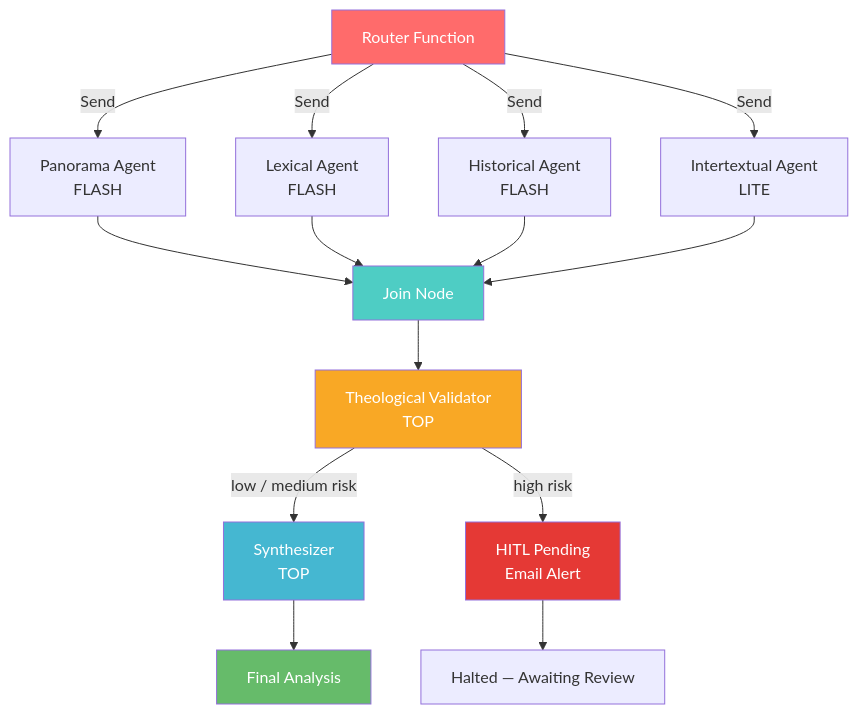
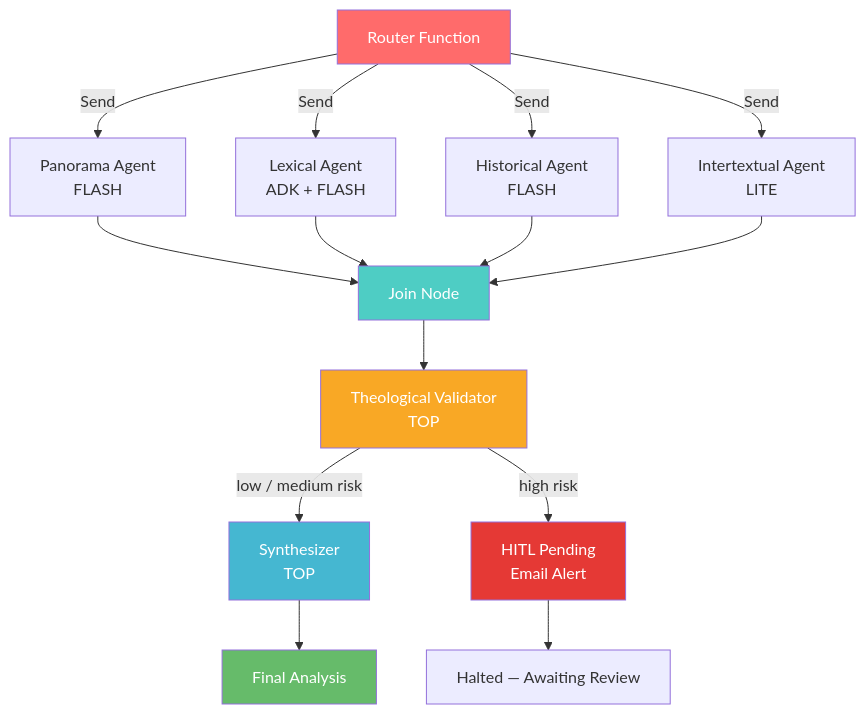
Before and after one commit to 235471/theological-langgraph-agent: the diagram in README.md, drawn with Mermaid. The commit also changed other lines of this file and 9 other files, not shown here.

First line of the commit message:
feat: :sparkles: implement single-pass ADK lexical grounding with full telemetry & tracing

````diff
--- a/README.md
+++ b/README.md
@@ -40,26 +40,26 @@
 ```mermaid
 graph TD
     R[Router Function] -->|Send| P[Panorama Agent<br/>FLASH]
-    R -->|Send| L[Lexical Agent<br/>FLASH]
+    R -->|Send| L[Lexical Agent<br/>ADK + FLASH]
     R -->|Send| H[Historical Agent<br/>FLASH]
     R -->|Send| I[Intertextual Agent<br/>LITE]
 
     P --> J[Join Node]
     L --> J
     H --> J
     I --> J
 
     J --> V[Theological Validator<br/>TOP]
     V -->|low / medium risk| S[Synthesizer<br/>TOP]
     V -->|high risk| HITL[HITL Pending<br/>Email Alert]
 
     S --> OUT[Final Analysis]
     HITL --> END[Halted — Awaiting Review]
 
     style R fill:#ff6b6b,color:#fff
     style J fill:#4ecdc4,color:#fff
     style V fill:#f9a825,color:#fff
     style S fill:#45b7d1,color:#fff
     style HITL fill:#e53935,color:#fff
     style OUT fill:#66bb6a,color:#fff
 ```
````
